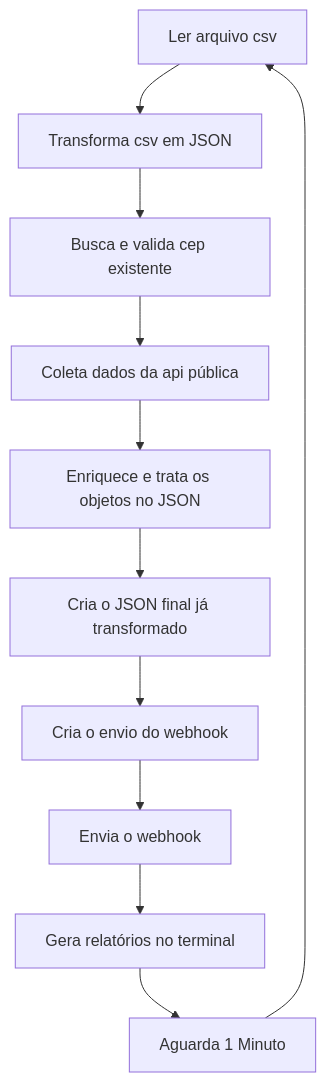
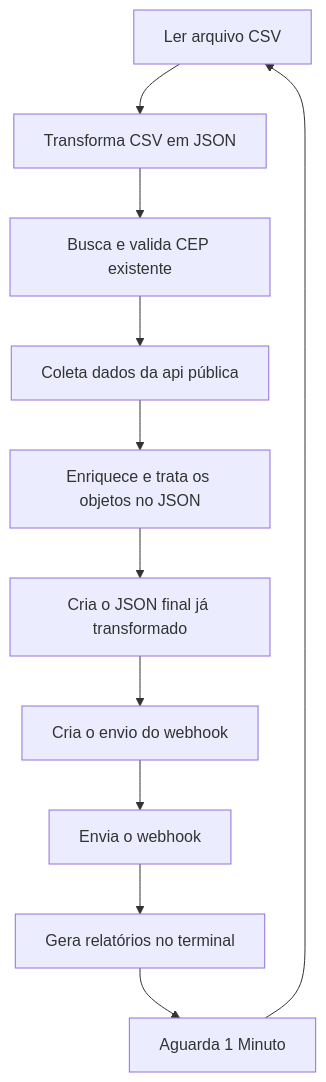
Before and after one commit to joaogadev/Automacao-com-API-REST: the diagram in README.md, drawn with Mermaid. The commit also changed other lines of this file, not shown here.

````diff
--- a/README.md
+++ b/README.md
@@ -26,13 +26,13 @@
 ```mermaid
 flowchart TD
-    A[Ler arquivo csv] --> B[Transforma csv em JSON]
-    B --> C[Busca e valida cep existente]
+    A[Ler arquivo CSV] --> B[Transforma CSV em JSON]
+    B --> C[Busca e valida CEP existente]
     C --> D[Coleta dados da api pública]
     D --> E[Enriquece e trata os objetos no JSON]
     E --> F[Cria o JSON final já transformado]
     F --> G[Cria o envio do webhook]
     G --> H[Envia o webhook]
     H --> I[Gera relatórios no terminal]
     I --> J[Aguarda 1 Minuto]
     J --> A
 ```
````
